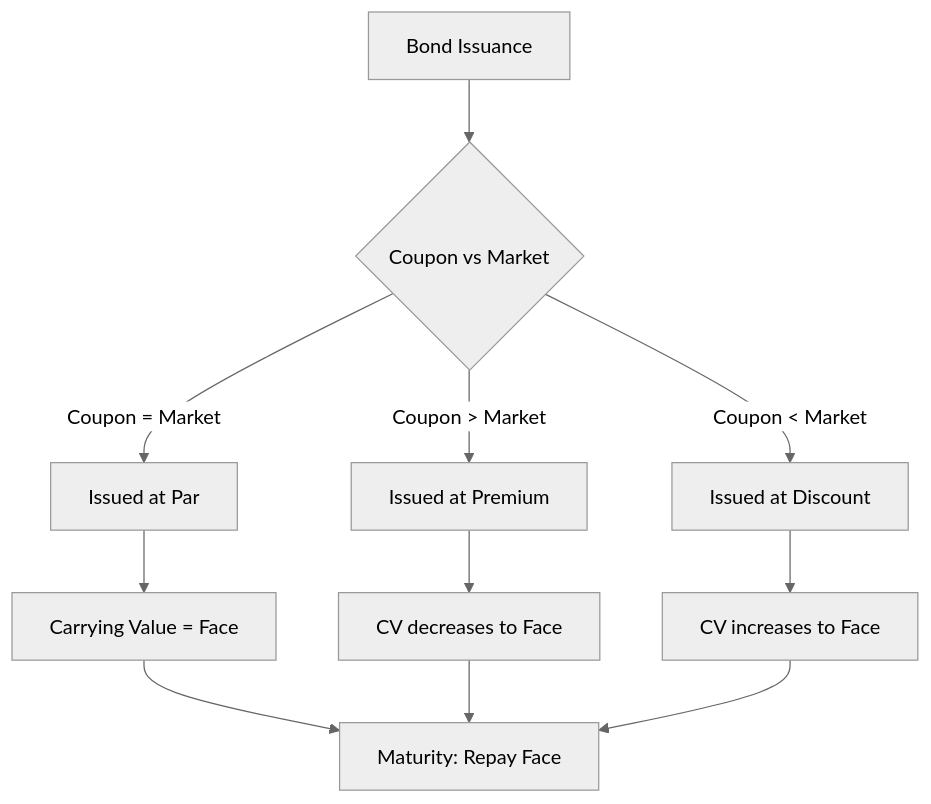
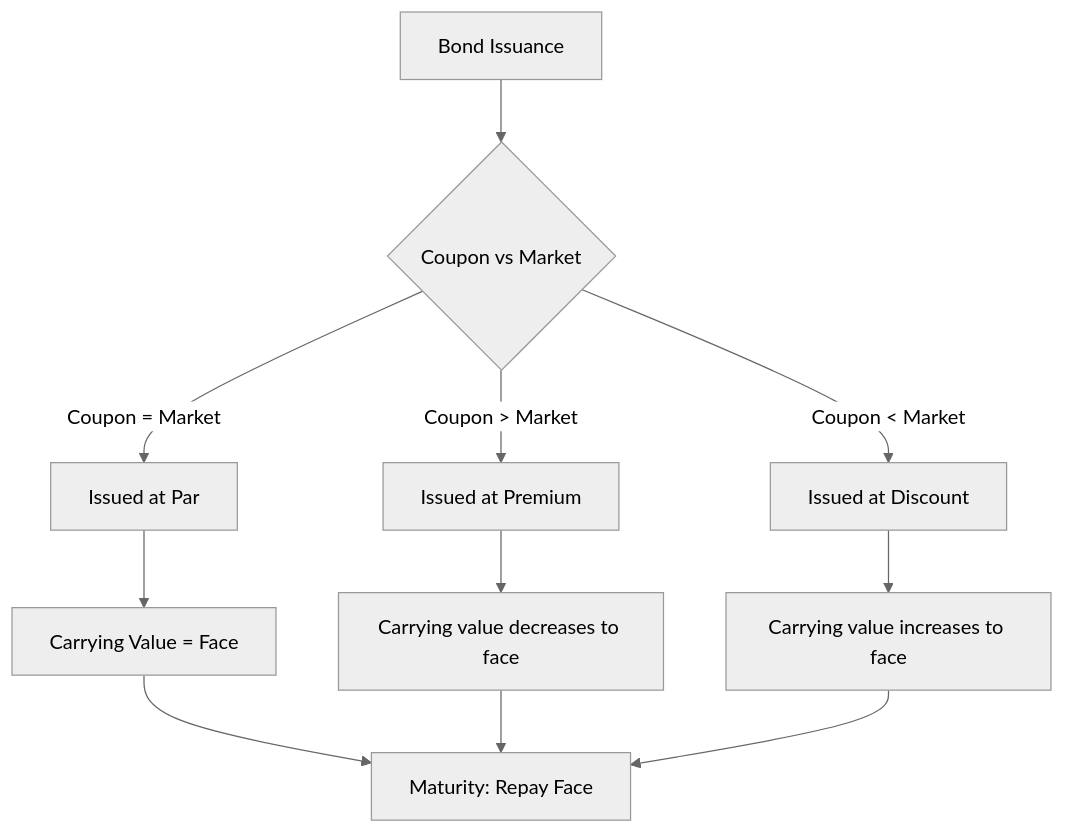
Before and after one commit to subwaymatch/cpabear-book: the diagram in docs/far/liabilities/long-term-liabilities-and-bonds.md, drawn with Mermaid (neutral theme). The commit also changed other lines of this file and 222 other files, not shown here.

````diff
--- a/docs/far/liabilities/long-term-liabilities-and-bonds.md
+++ b/docs/far/liabilities/long-term-liabilities-and-bonds.md
@@ -345,13 +367,13 @@
 ```mermaid
 graph TD
     A[Bond Issuance] --> B{Coupon vs Market}
     B -->|Coupon = Market| C[Issued at Par]
     B -->|Coupon > Market| D[Issued at Premium]
     B -->|Coupon < Market| E[Issued at Discount]
     C --> F[Carrying Value = Face]
-    D --> G[CV decreases to Face]
-    E --> H[CV increases to Face]
+    D --> G[Carrying value decreases to face]
+    E --> H[Carrying value increases to face]
     F --> I[Maturity: Repay Face]
     G --> I
     H --> I
 ```
````
